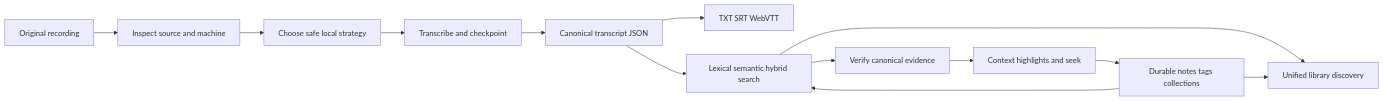
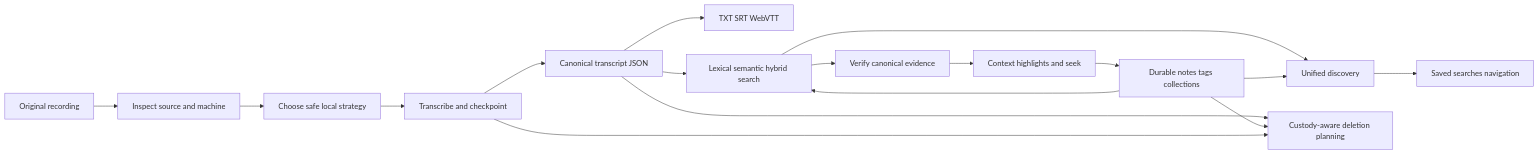
Before and after one commit to SSD1805/EchoFlow: the diagram in README.md, drawn with Mermaid. The commit also changed other lines of this file and 13 other files, not shown here.

Commit message:
feat(library): add safe deletion and retention controls

````diff
--- a/README.md
+++ b/README.md
@@ -60,15 +54,19 @@
 ```mermaid
 flowchart LR
     A[Original recording] --> B[Inspect source and machine]
     B --> C[Choose safe local strategy]
     C --> D[Transcribe and checkpoint]
     D --> E[Canonical transcript JSON]
     E --> F[TXT SRT WebVTT]
     E --> G[Lexical semantic hybrid search]
     G --> H[Verify canonical evidence]
     H --> I[Context highlights and seek]
     I --> J[Durable notes tags collections]
     J --> G
-    G --> K[Unified library discovery]
+    G --> K[Unified discovery]
     J --> K
+    K --> L[Saved searches navigation]
+    E --> M[Custody-aware deletion planning]
+    J --> M
+    D --> M
 ```
````
